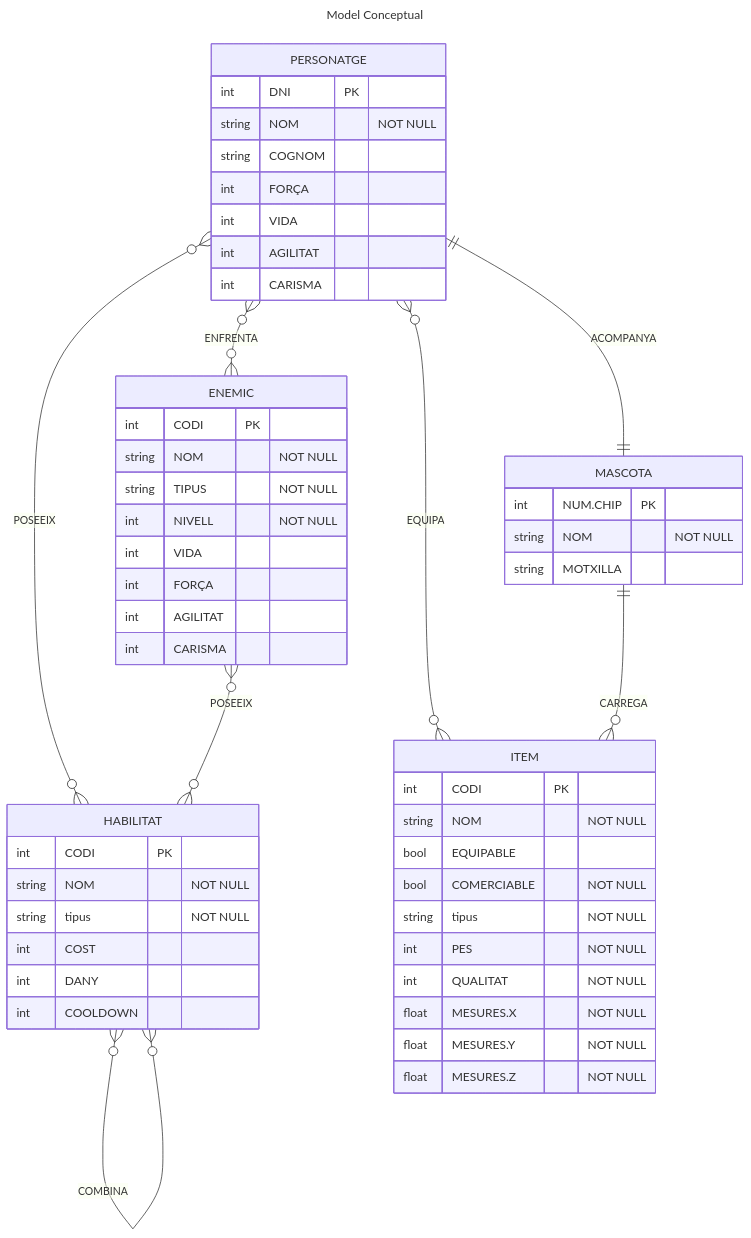
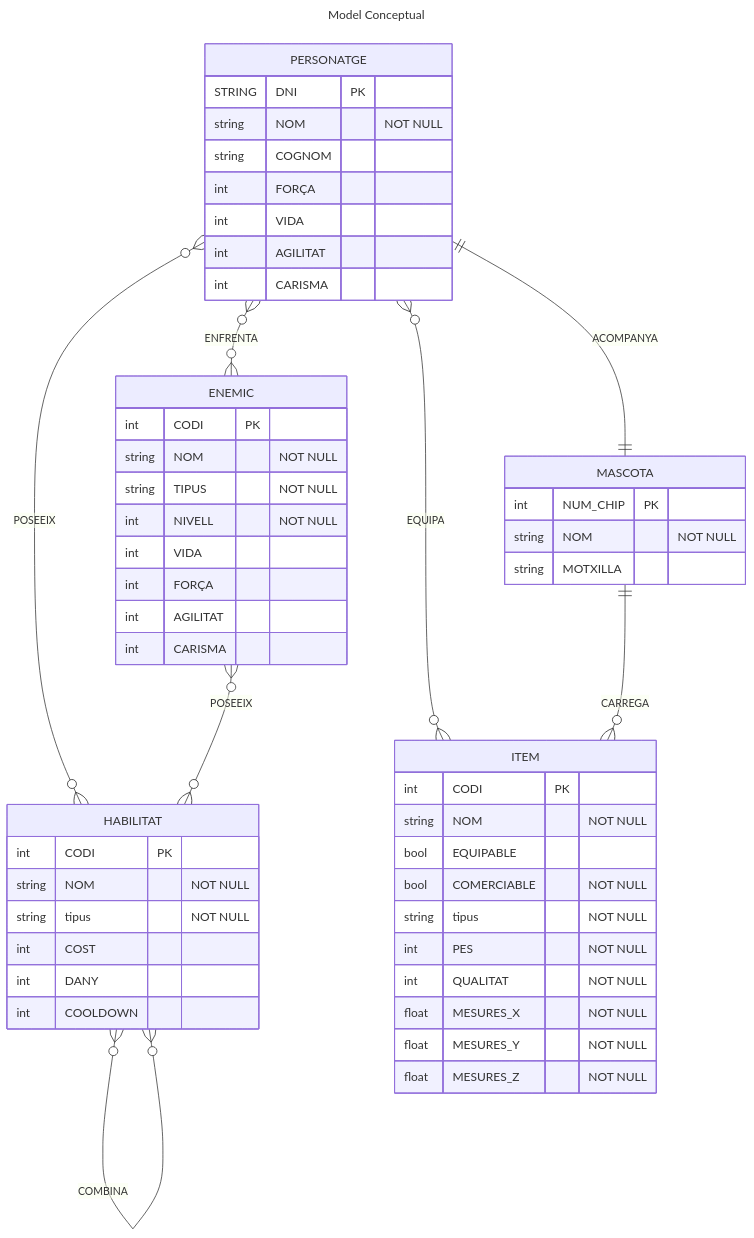
Before and after one commit to apb-sketch/Lliuraments-2627: the diagram in GBD/activitat-02-diagrama-er/diagrama-er-mermaid.md, drawn with Mermaid. The commit also changed other lines of this file, not shown here.

Commit message:
Some minor changes

````diff
--- a/GBD/activitat-02-diagrama-er/diagrama-er-mermaid.md
+++ b/GBD/activitat-02-diagrama-er/diagrama-er-mermaid.md
@@ -24,59 +24,59 @@
 ```mermaid
 ---
 title: Model Conceptual
 config:
     layout: dagre
 ---
 erDiagram
 PERSONATGE ||--||MASCOTA : ACOMPANYA
 PERSONATGE }o--o{ HABILITAT: POSEEIX
 PERSONATGE }o--o{ ITEM: EQUIPA
 PERSONATGE }o--o{ ENEMIC: ENFRENTA
 ENEMIC }o--o{ HABILITAT: POSEEIX
 HABILITAT }o--o{ HABILITAT: COMBINA
 MASCOTA ||--o{ ITEM: CARREGA
         HABILITAT {
                 int CODI PK
                 string NOM "NOT NULL"
                 string tipus "NOT NULL"
                 int COST
                 int DANY
                 int COOLDOWN
         }
      PERSONATGE {
-                int DNI PK
+                STRING DNI PK
                 string NOM "NOT NULL"
                 string COGNOM
                 int FORÇA
                 int VIDA
                 int AGILITAT
                 int CARISMA
         }
      ITEM {
                 int CODI PK
                 string NOM "NOT NULL"
                 bool EQUIPABLE
                 bool COMERCIABLE "NOT NULL"
                 string tipus "NOT NULL"
                 int PES "NOT NULL"
                 int QUALITAT "NOT NULL"
-                float MESURES.X "NOT NULL"
-                float MESURES.Y "NOT NULL"
-                float MESURES.Z "NOT NULL"
+                float MESURES_X "NOT NULL"
+                float MESURES_Y "NOT NULL"
+                float MESURES_Z "NOT NULL"
         }
    MASCOTA {
-                int NUM.CHIP PK
+                int NUM_CHIP PK
                 string NOM "NOT NULL"
                 string MOTXILLA
         }
   ENEMIC {
                 int CODI PK
                 string NOM "NOT NULL"
                 string TIPUS "NOT NULL"
                 int NIVELL "NOT NULL"
                 int VIDA
                 int FORÇA
                 int AGILITAT
                 int CARISMA
         }
 ``` 
````
